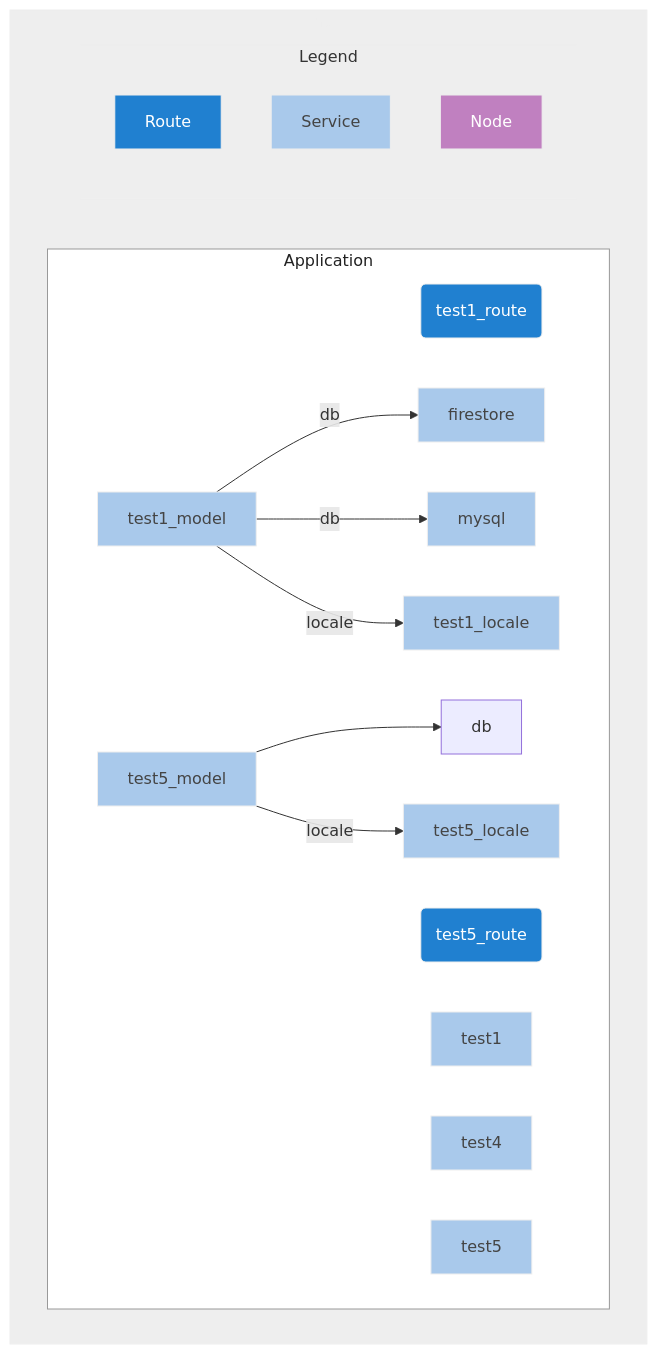
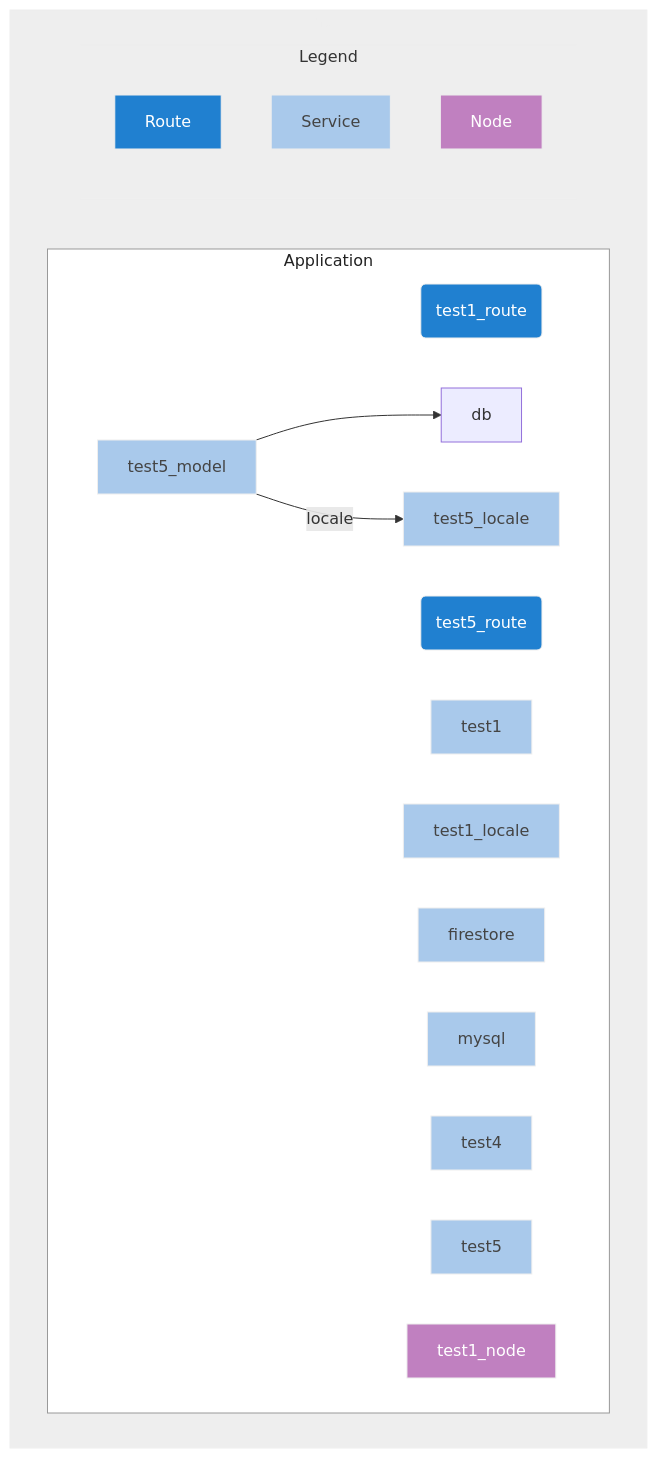
Before and after one commit to franck-yvetot/nxn-cli: the diagram in client_data/default/config_default.README.mmd, drawn with Mermaid. The commit also changed 2 other files, not shown here.

Commit message:
node color

```diff
--- a/client_data/default/config_default.README.mmd
+++ b/client_data/default/config_default.README.mmd
@@ -1,41 +1,38 @@
 graph LR;
 subgraph main
     direction LR;
 
     subgraph Application
         direction LR;
-        classDef nodeCls fill:#eee,stroke:#eee,color:#333
+        classDef nodeCls fill:#C080C0,stroke:#eee,color:#fff
         classDef routeCls fill:#2080D0,stroke:#eee,color:#fff
         classDef nodCls fill:#C080C0,stroke:#eee,color:#fff
         classDef serviceCls fill:#A9C9EB,stroke:#eee,color:#444
     test1_route("test1_route"):::routeCls
     test5_route("test5_route"):::routeCls
     test1["test1"]:::serviceCls
     test1_locale["test1_locale"]:::serviceCls
     firestore["firestore"]:::serviceCls
-    test1_model["test1_model"]:::serviceCls
-    test1_model -- db -->firestore;
-    test1_model -- db -->mysql;
-    test1_model -- locale -->test1_locale;
     mysql["mysql"]:::serviceCls
     test4["test4"]:::serviceCls
     test5_locale["test5_locale"]:::serviceCls
     test5_model["test5_model"]:::serviceCls
     test5_model --> db;
     test5_model -- locale -->test5_locale;
     test5["test5"]:::serviceCls
+    test1_node["test1_node"]:::nodeCls
 end
 
     subgraph Legend
         Route:::routeCls
         Service:::serviceCls
         Node:::nodCls
     end
 
 end
 
 
 
 style Application fill:#fff,stroke:#999,color:#222
 style Legend fill:#eee,stroke:#eee,color:#333
 style main fill:#eee,stroke:#eee,color:#eee
```
